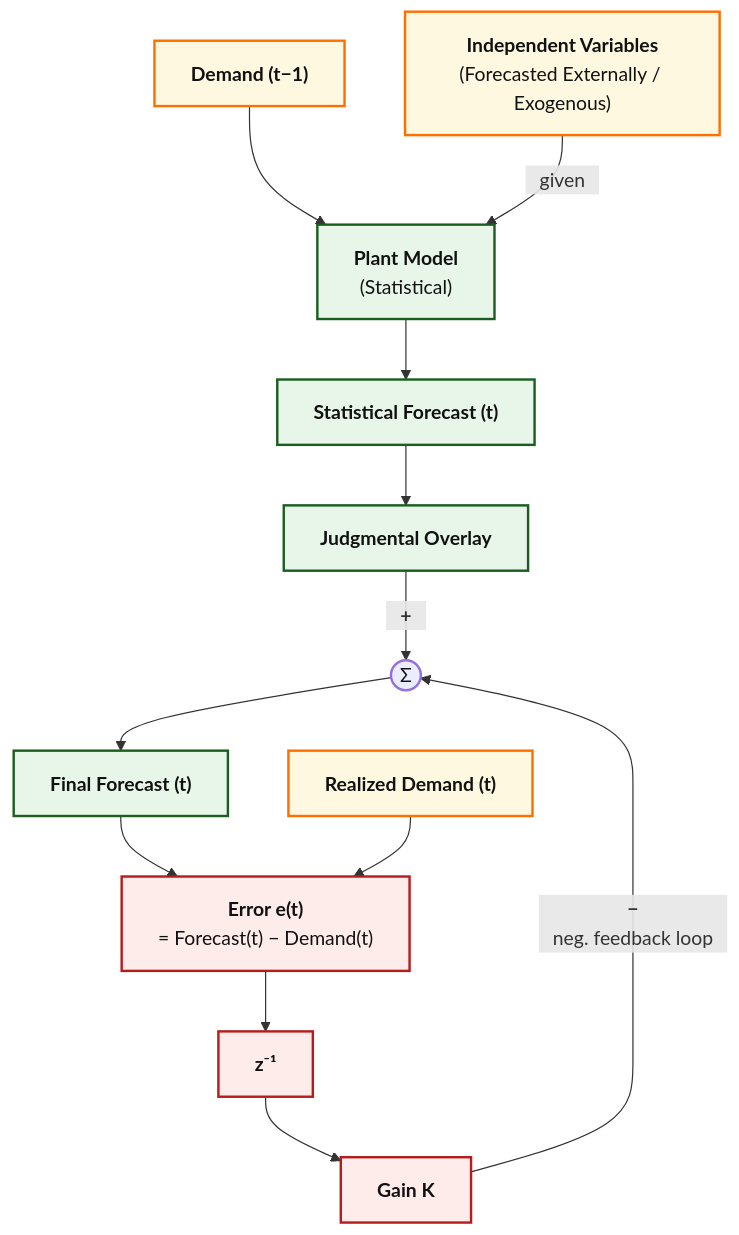
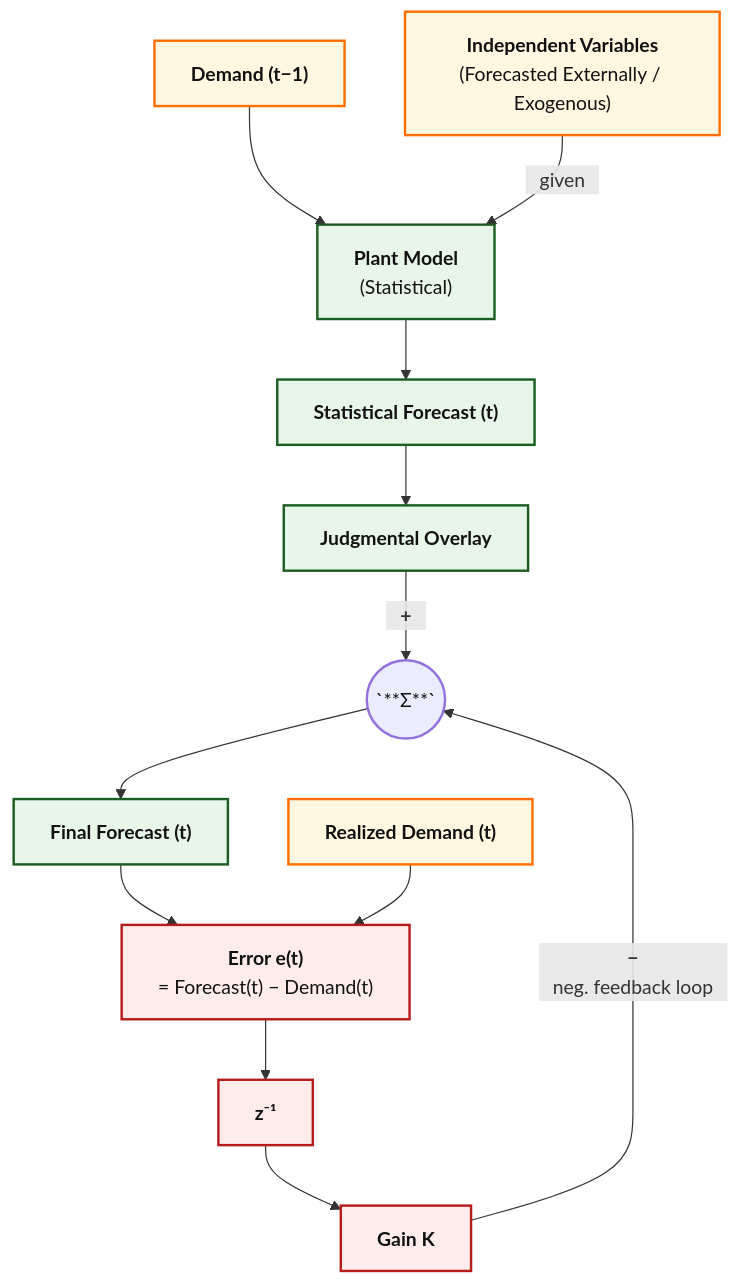
Before and after one commit to Tellusant/docs: the diagram in articles-posts/judgmental-mechanical.md, drawn with Mermaid.

```diff
--- a/articles-posts/judgmental-mechanical.md
+++ b/articles-posts/judgmental-mechanical.md
@@ -24,52 +24,52 @@
 <div class="mermaid">
   
 flowchart TD
 
 %%{init: {'themeVariables': { 'fontFamily': 'Arial'}}}%%
 %% ===== Inputs =====
 D1["`**Demand (t−1)**`"]:::orange
 X["`**Independent Variables**<br/>(Forecasted Externally / Exogenous)`"]:::orange
 
 %% ===== Baseline model =====
 M["`**Plant Model**<br/>(Statistical)`"]:::green
 S["`**Statistical Forecast (t)**`"]:::green
 
 %% ===== Judgment and correction =====
 J["`**Judgmental Overlay**`"]:::green
-Sum((Σ)):::base
+Sum((`**Σ**`)):::base
 K["`**Gain K**`"]:::red
 F["`**Final Forecast (t)**`"]:::green
 
 %% ===== Realized demand =====
 R["`**Realized Demand (t)**`"]:::orange
 
 %% ===== Error and delay =====
 E["`**Error e(t)**<br/>= Forecast(t) − Demand(t)`"]:::red
 Delay["`**z⁻¹**`"]:::red
 
 %% ===== Forward path =====
 D1 --> M
 X -->|⠀given⠀| M
 M --> S
 S --> J
 J -->|"`⠀**+**⠀`"| Sum
 Sum --> F
 
 %% ===== Error computation =====
 F --> E
 R --> E
 
 %% ===== Feedback =====
 E --> Delay
 Delay --> K
 K -->|"`⠀**−**⠀<br/>⠀neg. feedback loop⠀`"| Sum
 
 %% ========= STYLES =========
 classDef green   fill:#E8F5E9,stroke:#1B5E20,stroke-width:2px,color:#111;
 classDef blue    fill:#E3F2FD,stroke:#0D47A1,stroke-width:2px,color:#111;
 classDef orange  fill:#FFF8E1,stroke:#FF6F00,stroke-width:2px,color:#111;
 classDef red     fill:#FDECEA,stroke:#B71C1C,stroke-width:2px,color:#111;
 classDef grey    fill:#F5F5F5,stroke:#424242,stroke-width:2px,color:#111;
 classDef base    fill:#ECECFF,stroke:#9370DB,stroke-width:2px,color:#111;
 
 </div>
```
